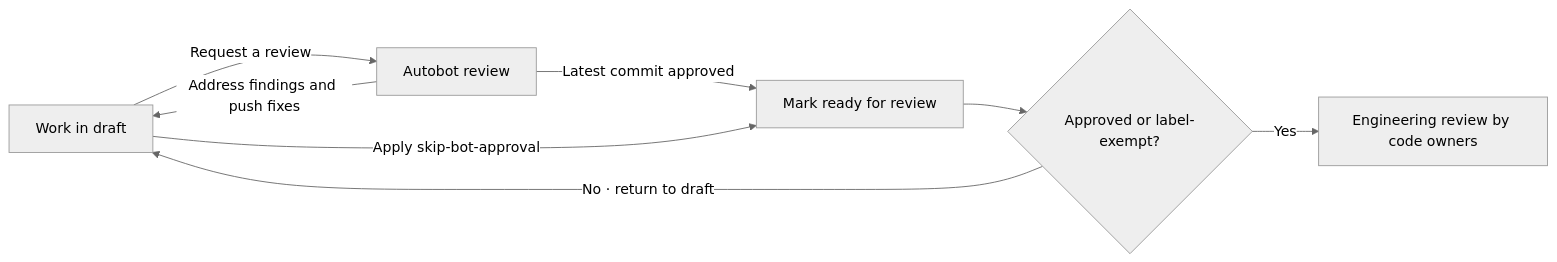
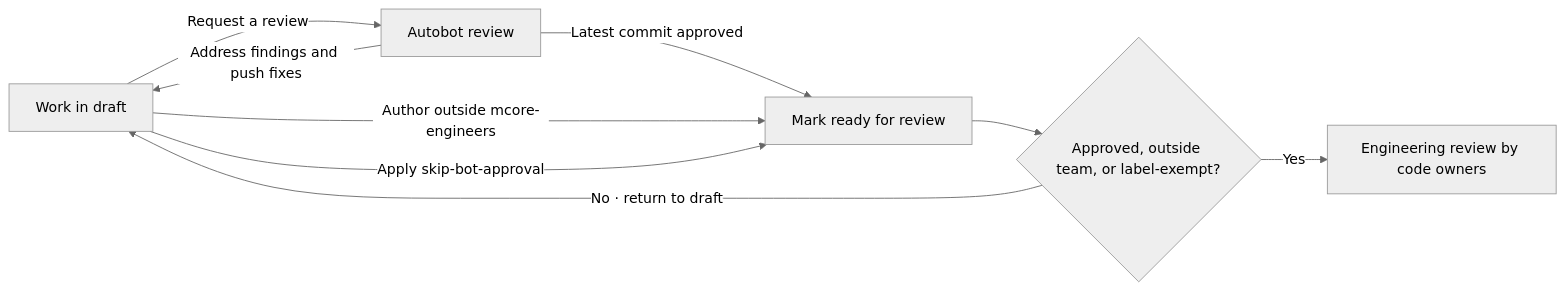
The diagram in .github/autobot/draft-review.md (NVIDIA/Megatron-LM), drawn with Mermaid (neutral theme) before and after one commit. The commit also changed other lines of this file and 5 other files, not shown here.

Commit message:
ci(review): exempt authors outside mcore-engineers from bot approval

````diff
--- a/.github/autobot/draft-review.md
+++ b/.github/autobot/draft-review.md
@@ -8,10 +8,11 @@
 ```mermaid
 flowchart LR
     D[Work in draft] -->|Request a review| B[Autobot review]
     B -->|Address findings and push fixes| D
     B -->|Latest commit approved| R[Mark ready for review]
+    D -->|Author outside mcore-engineers| R
     D -->|Apply skip-bot-approval| R
-    R --> G{Approved or label-exempt?}
+    R --> G{Approved, outside team, or label-exempt?}
     G -->|No · return to draft| D
     G -->|Yes| E[Engineering review by code owners]
 ```
````
